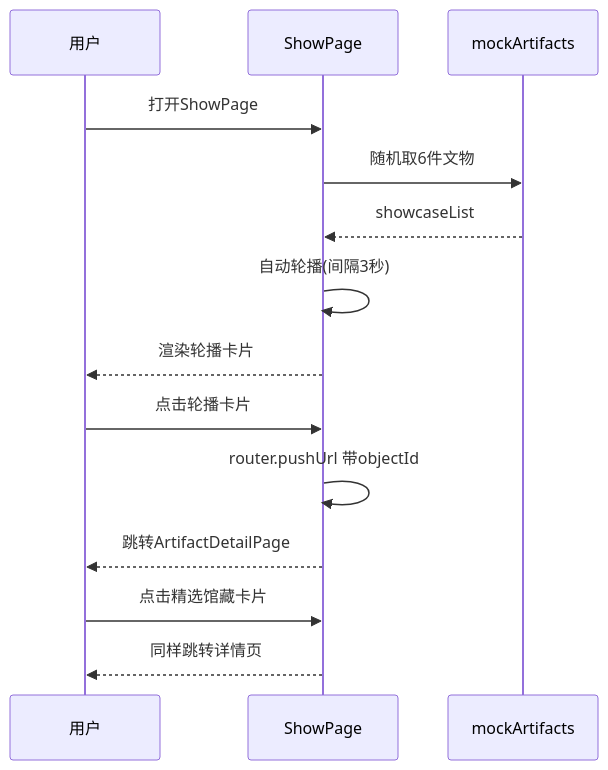
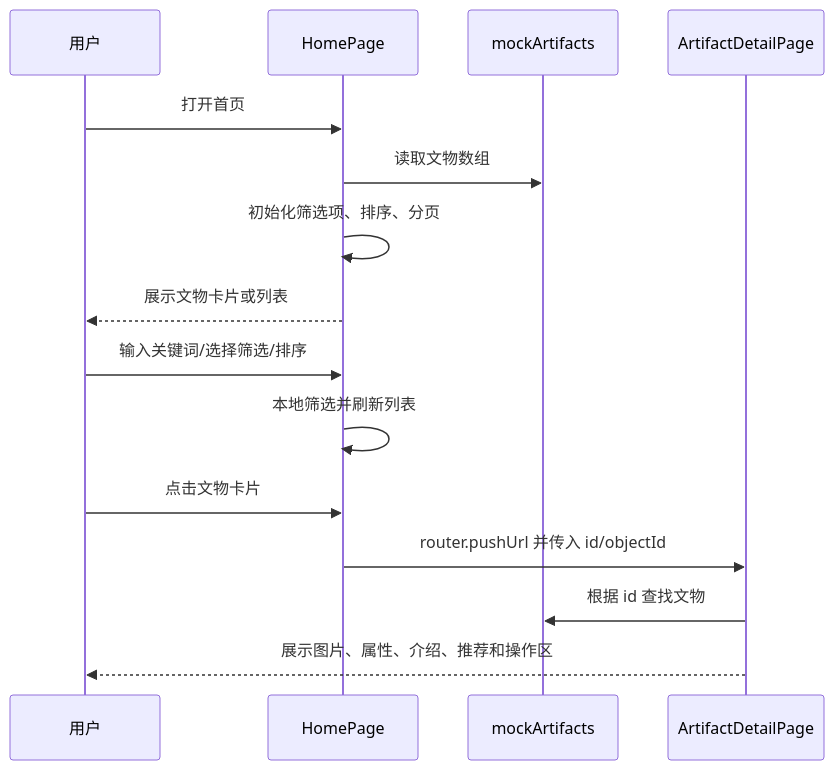
One commit to BUCT-CS2301/PalmMuseum changed the fifth of 8 diagrams in Doc/设计文档.md. Above: the diagram before and after it, drawn with Mermaid. The commit also changed other lines of this file, not shown here.

````diff
--- a/Doc/设计文档.md
+++ b/Doc/设计文档.md
@@ -512,19 +445,18 @@
 ```mermaid
 sequenceDiagram
     participant User as 用户
-    participant ShowPage as ShowPage
-    participant MockData as mockArtifacts
+    participant Home as HomePage
+    participant Data as mockArtifacts
+    participant Detail as ArtifactDetailPage
 
-    User->>ShowPage: 打开ShowPage
-    ShowPage->>MockData: 随机取6件文物
-    MockData-->>ShowPage: showcaseList
-    ShowPage->>ShowPage: 自动轮播(间隔3秒)
-    ShowPage-->>User: 渲染轮播卡片
-
-    User->>ShowPage: 点击轮播卡片
-    ShowPage->>ShowPage: router.pushUrl 带objectId
-    ShowPage-->>User: 跳转ArtifactDetailPage
-
-    User->>ShowPage: 点击精选馆藏卡片
-    ShowPage-->>User: 同样跳转详情页
+    User->>Home: 打开首页
+    Home->>Data: 读取文物数组
+    Home->>Home: 初始化筛选项、排序、分页
+    Home-->>User: 展示文物卡片或列表
+    User->>Home: 输入关键词/选择筛选/排序
+    Home->>Home: 本地筛选并刷新列表
+    User->>Home: 点击文物卡片
+    Home->>Detail: router.pushUrl 并传入 id/objectId
+    Detail->>Data: 根据 id 查找文物
+    Detail-->>User: 展示图片、属性、介绍、推荐和操作区
 ```
````
